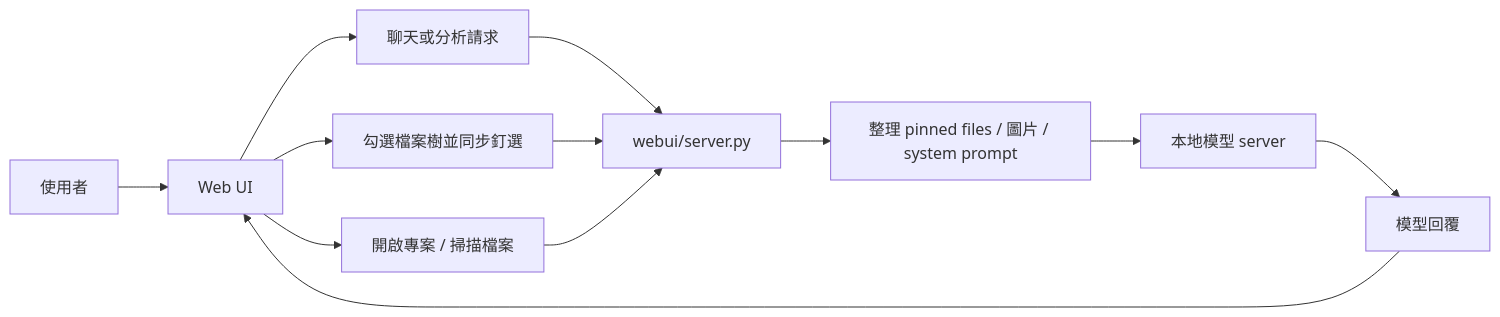
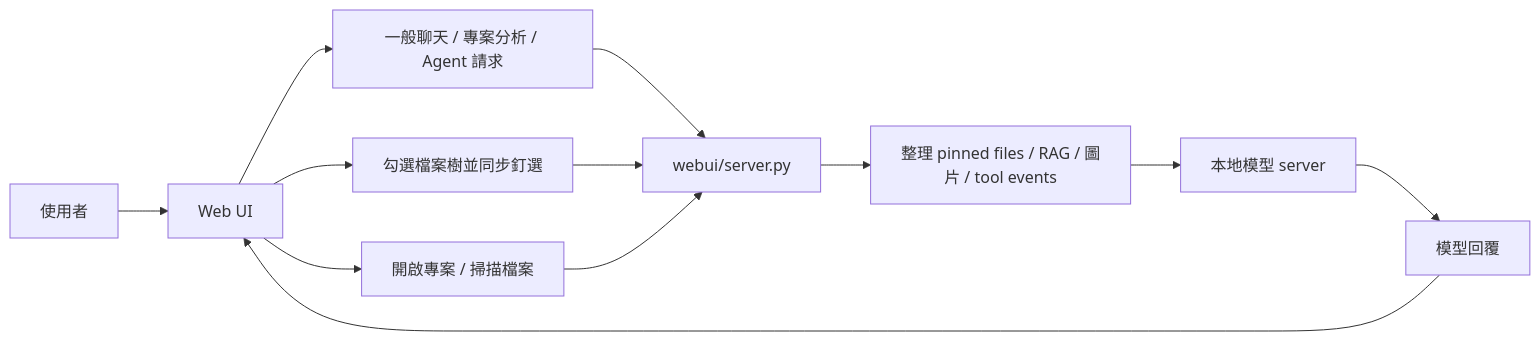
The diagram in README.md (Lzxpan/CodeWorker), drawn with Mermaid before and after one commit. The commit also changed other lines of this file and 24 other files, not shown here.

````diff
--- a/README.md
+++ b/README.md
@@ -147,14 +152,14 @@
 ```mermaid
 flowchart LR
     U["使用者"] --> W["Web UI"]
     W --> O["開啟專案 / 掃描檔案"]
     W --> P["勾選檔案樹並同步釘選"]
-    W --> C["聊天或分析請求"]
+    W --> C["一般聊天 / 專案分析 / Agent 請求"]
     C --> S["webui/server.py"]
     P --> S
     O --> S
-    S --> X["整理 pinned files / 圖片 / system prompt"]
+    S --> X["整理 pinned files / RAG / 圖片 / tool events"]
     X --> M["本地模型 server"]
     M --> R["模型回覆"]
     R --> W
 ```
````
